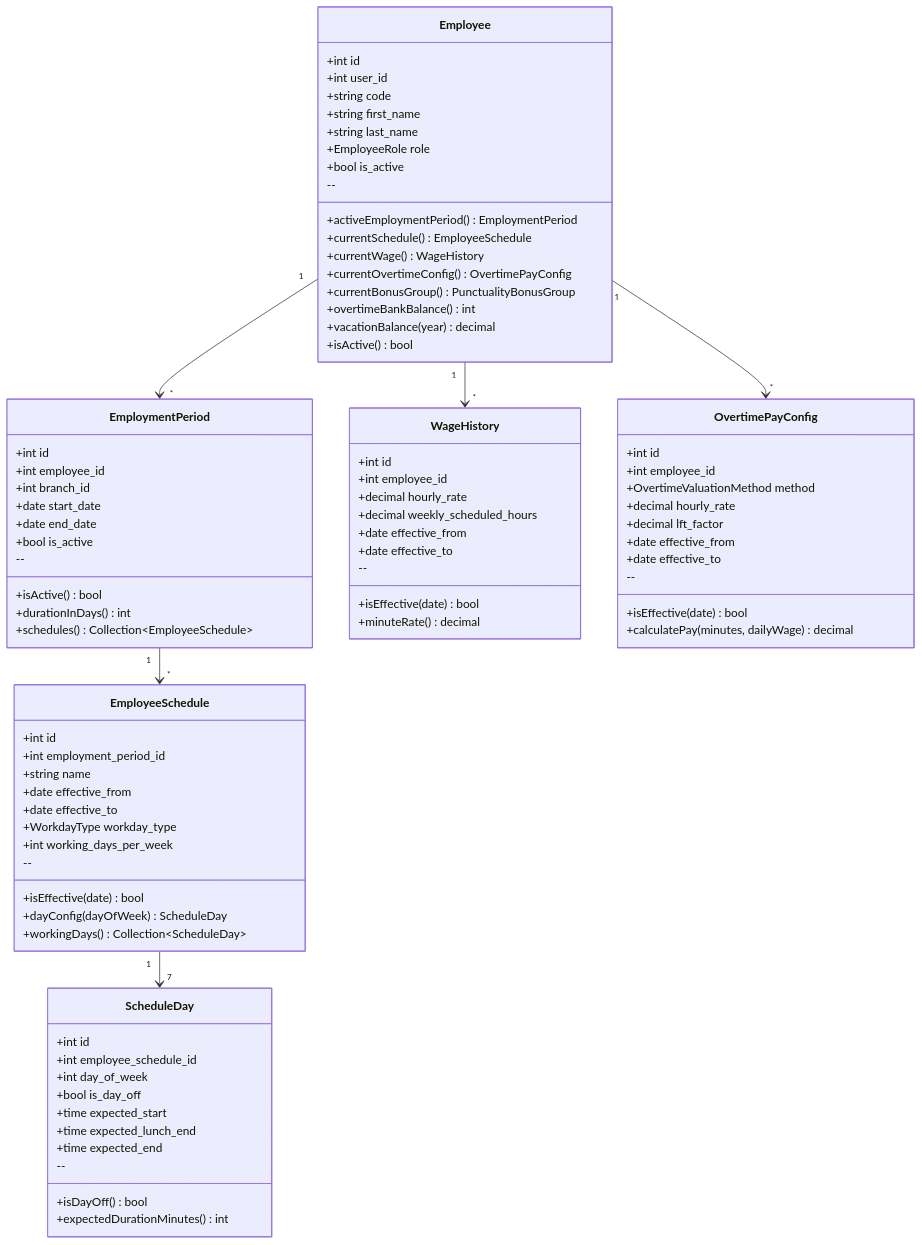
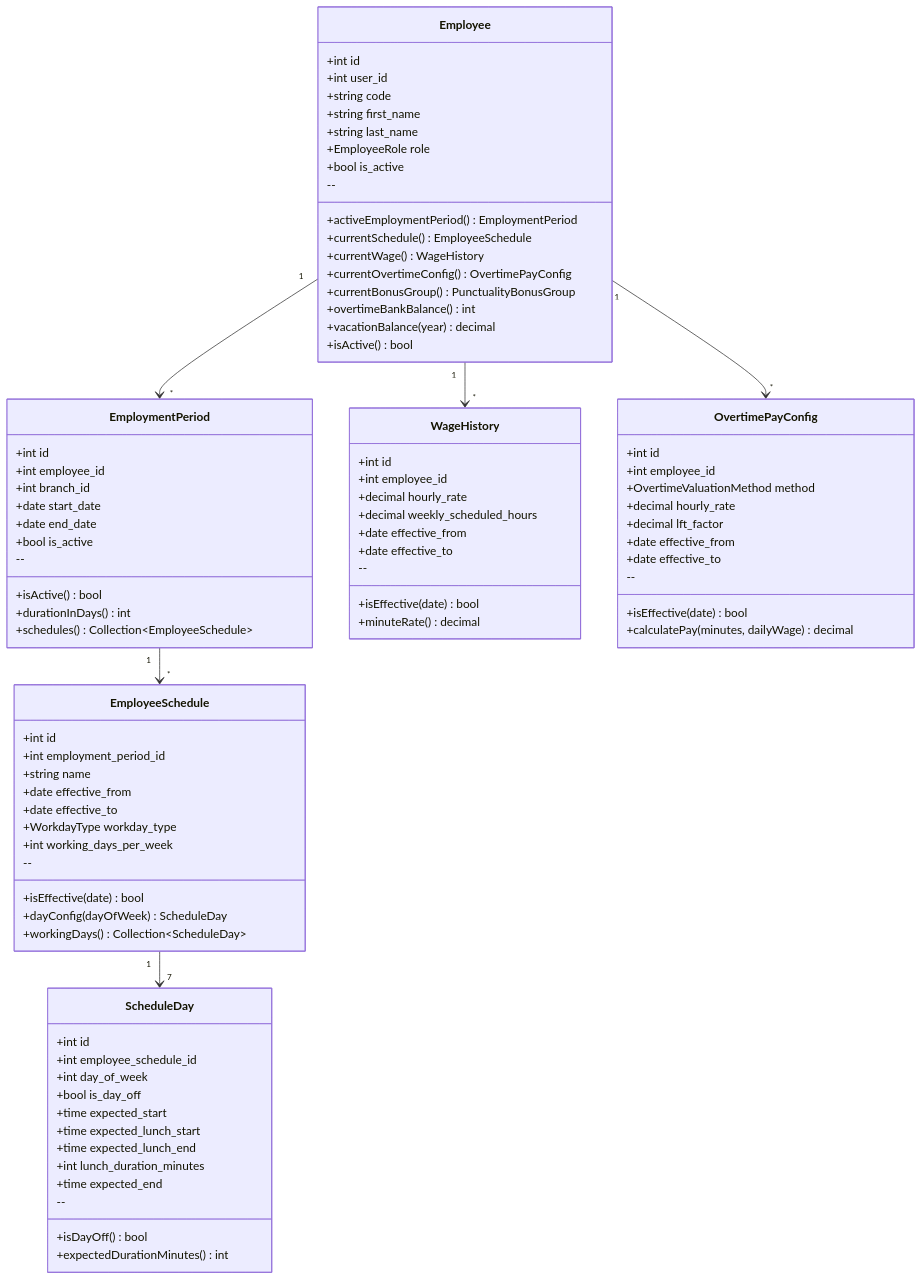
The seventh of 18 diagrams in doc/modules/attendance-payroll/attendance-payroll-domain-model.es.md (pakodiazdev/sushigo), drawn with Mermaid before and after one commit. The commit also changed other lines of this file and 18 other files, not shown here.

```diff
--- a/doc/modules/attendance-payroll/attendance-payroll-domain-model.es.md
+++ b/doc/modules/attendance-payroll/attendance-payroll-domain-model.es.md
@@ -913,7 +917,9 @@
         +int day_of_week
         +bool is_day_off
         +time expected_start
+        +time expected_lunch_start
         +time expected_lunch_end
+        +int lunch_duration_minutes
         +time expected_end
         --
         +isDayOff() bool
```
